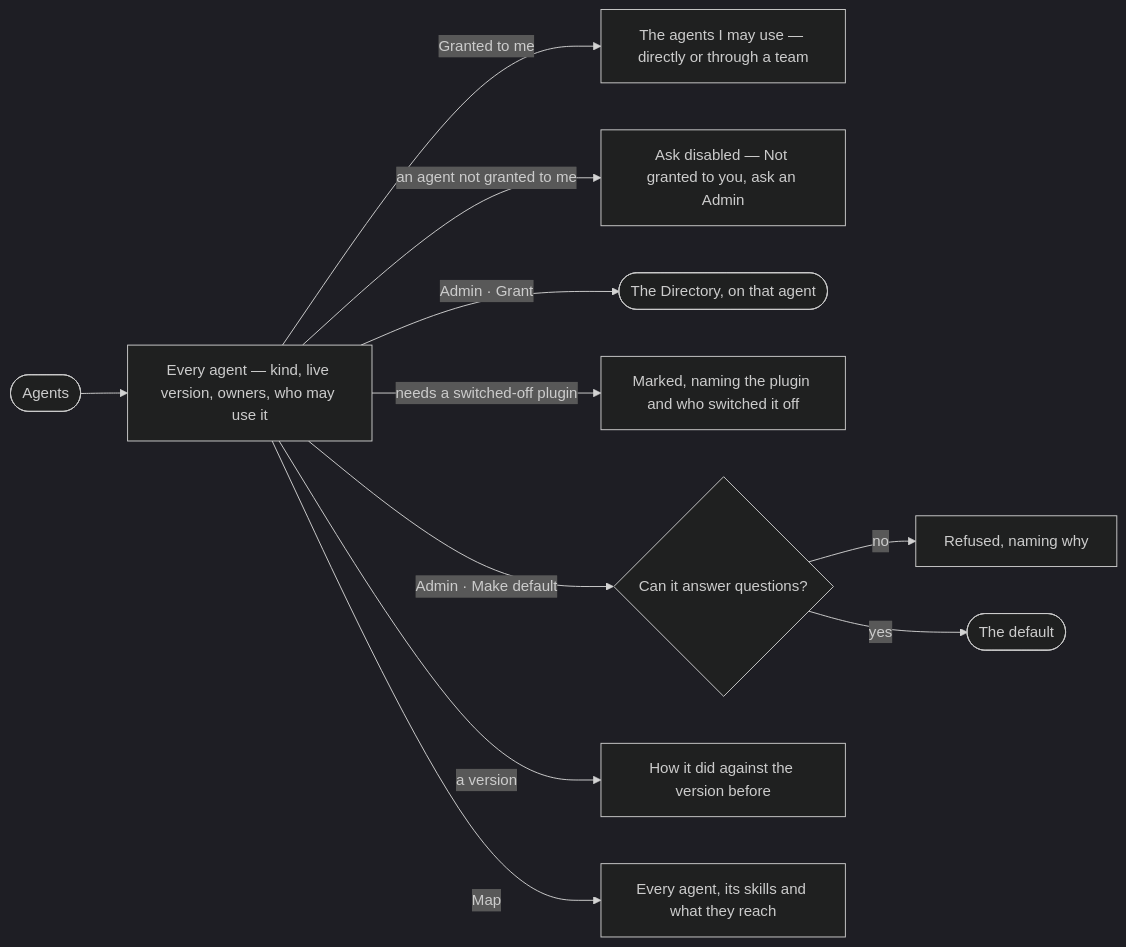
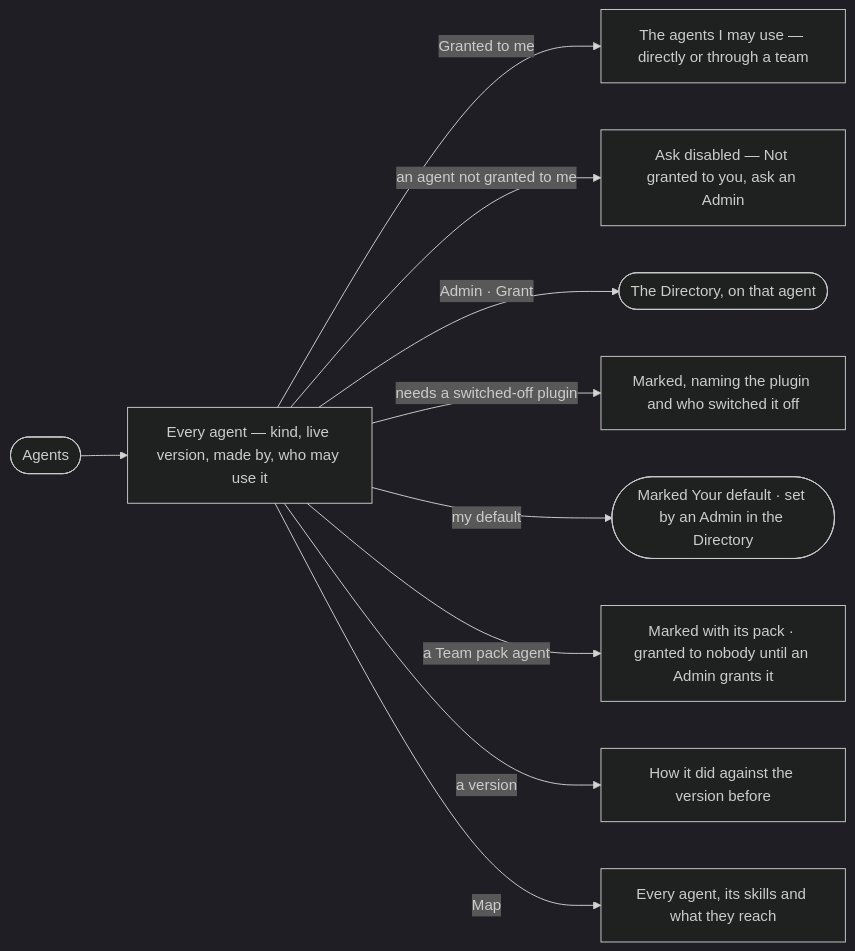
One commit to invana/invana changed the diagram in specs/capabilities/agents/features/AG-F02-the-agents-catalogue/stories/AG-35-see-every-agent-and-who-may-use-it/story.md. Above: the diagram before and after it, drawn with Mermaid (dark theme). The commit also changed other lines of this file and 300 other files, not shown here.

````diff
--- a/specs/capabilities/agents/features/AG-F02-the-agents-catalogue/stories/AG-35-see-every-agent-and-who-may-use-it/story.md
+++ b/specs/capabilities/agents/features/AG-F02-the-agents-catalogue/stories/AG-35-see-every-agent-and-who-may-use-it/story.md
@@ -28,13 +31,12 @@
 ```mermaid
 flowchart LR
-  a([Agents]) --> c["Every agent — kind, live version, owners, who may use it"]
+  a([Agents]) --> c["Every agent — kind, live version, made by, who may use it"]
   c -->|Granted to me| m["The agents I may use — directly or through a team"]
   c -->|an agent not granted to me| n["Ask disabled — Not granted to you, ask an Admin"]
   c -->|Admin · Grant| g(["The Directory, on that agent"])
   c -->|needs a switched-off plugin| o["Marked, naming the plugin and who switched it off"]
-  c -->|Admin · Make default| d{"Can it answer questions?"}
-  d -->|no| dx["Refused, naming why"]
-  d -->|yes| dd(["The default"])
+  c -->|my default| dd(["Marked Your default · set by an Admin in the Directory"])
+  c -->|a Team pack agent| tp["Marked with its pack · granted to nobody until an Admin grants it"]
   c -->|a version| v["How it did against the version before"]
   c -->|Map| mp["Every agent, its skills and what they reach"]
 ```
````
